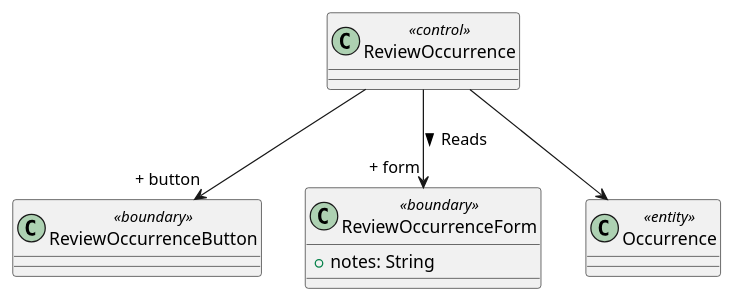
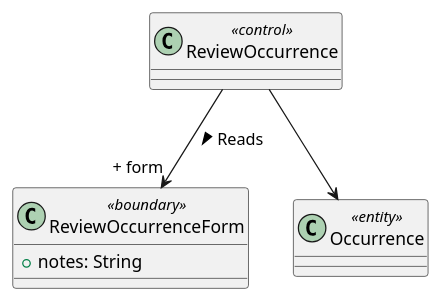
One commit to bmb0136/COMP-3700-Project changed the second of 2 diagrams in Use Cases/ReviewOccurrence.iuml. Above: the diagram before and after it, drawn with PlantUML. The commit also changed 2 other files, not shown here.

```diff
--- a/Use Cases/ReviewOccurrence.iuml
+++ b/Use Cases/ReviewOccurrence.iuml
@@ -27,11 +27,9 @@
 @startuml Review Occurrence Object
 class ReviewOccurrence <<control>> {}
-class ReviewOccurrenceButton <<boundary>> {}
 class ReviewOccurrenceForm <<boundary>> {
     + notes: String
 }
 class Occurrence <<entity>> {}
-ReviewOccurrence --> "+ button" ReviewOccurrenceButton
 ReviewOccurrence --> "+ form" ReviewOccurrenceForm: Reads >
 ReviewOccurrence --> Occurrence
 @enduml
```
